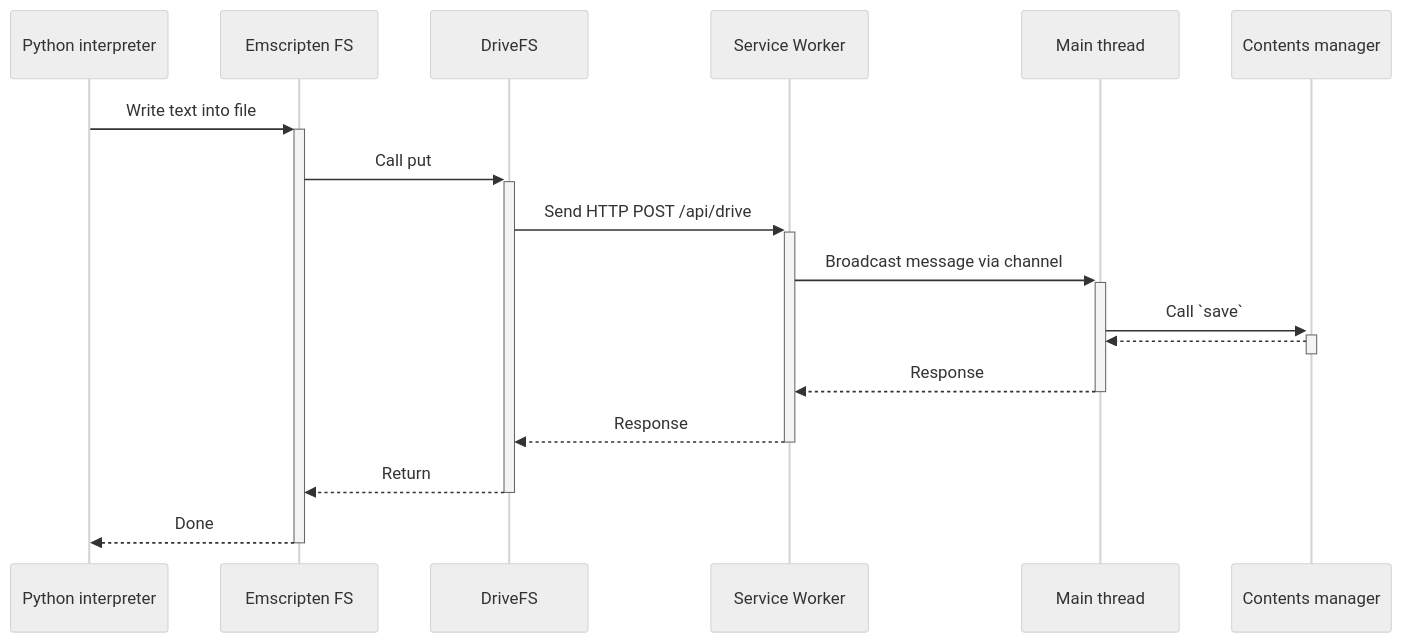
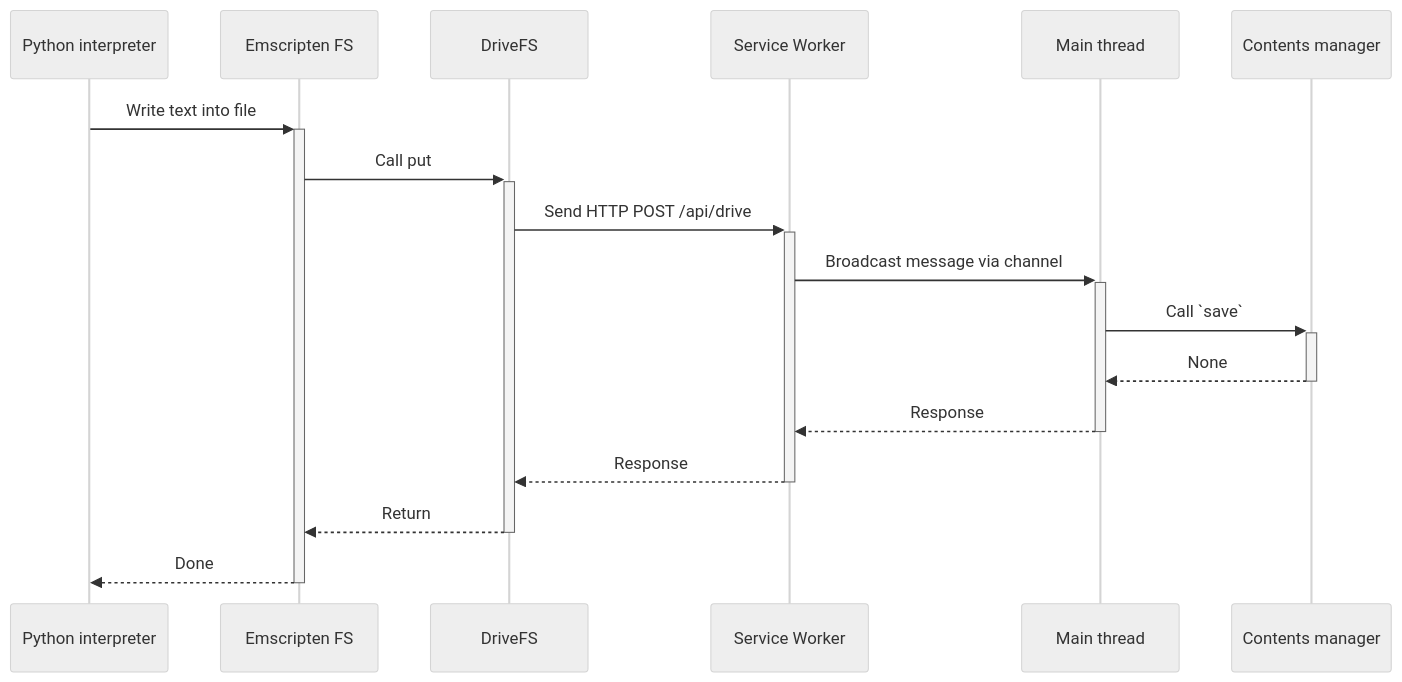
One commit to jupyterlite/jupyterlite changed the second of 2 diagrams in docs/reference/contents.md. Above: the diagram before and after it, drawn with Mermaid (neutral theme).

Commit message:
Fix mermaid graph

````diff
--- a/docs/reference/contents.md
+++ b/docs/reference/contents.md
@@ -81,20 +81,20 @@
 ```{mermaid}
 sequenceDiagram
   participant P as Python interpreter
   participant F as Emscripten FS
   participant D as DriveFS
   participant S as Service Worker
   participant M as Main thread
   participant C as Contents manager
 
   P->>+F: Write text into file
   F->>+D: Call put
   D->>+S: Send HTTP POST /api/drive
   S->>+M: Broadcast message via channel
   M->>+C: Call `save`
-  C-->>-M:
+  C-->>-M: None
   M-->>-S: Response
   S-->>-D: Response
   D-->>-F: Return
   F-->>-P: Done
 ```
````
